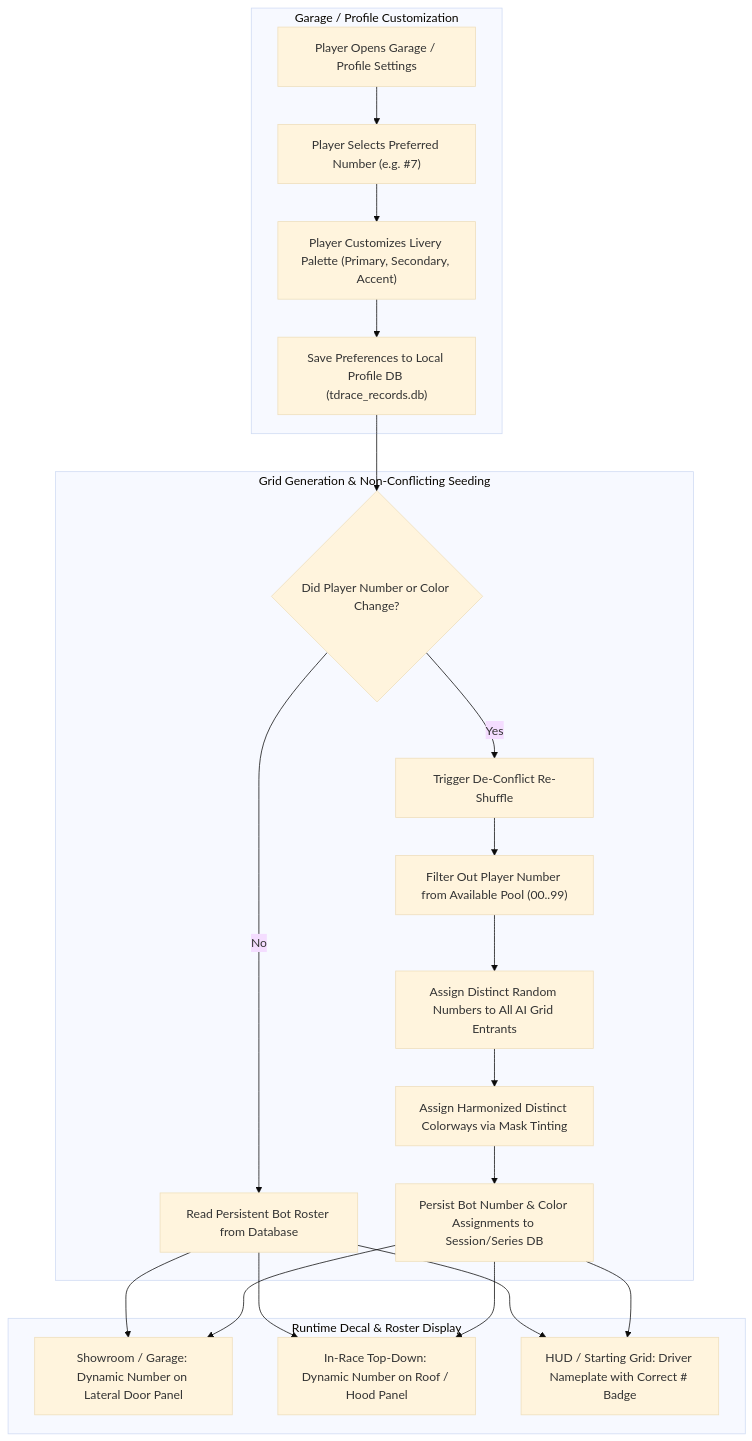
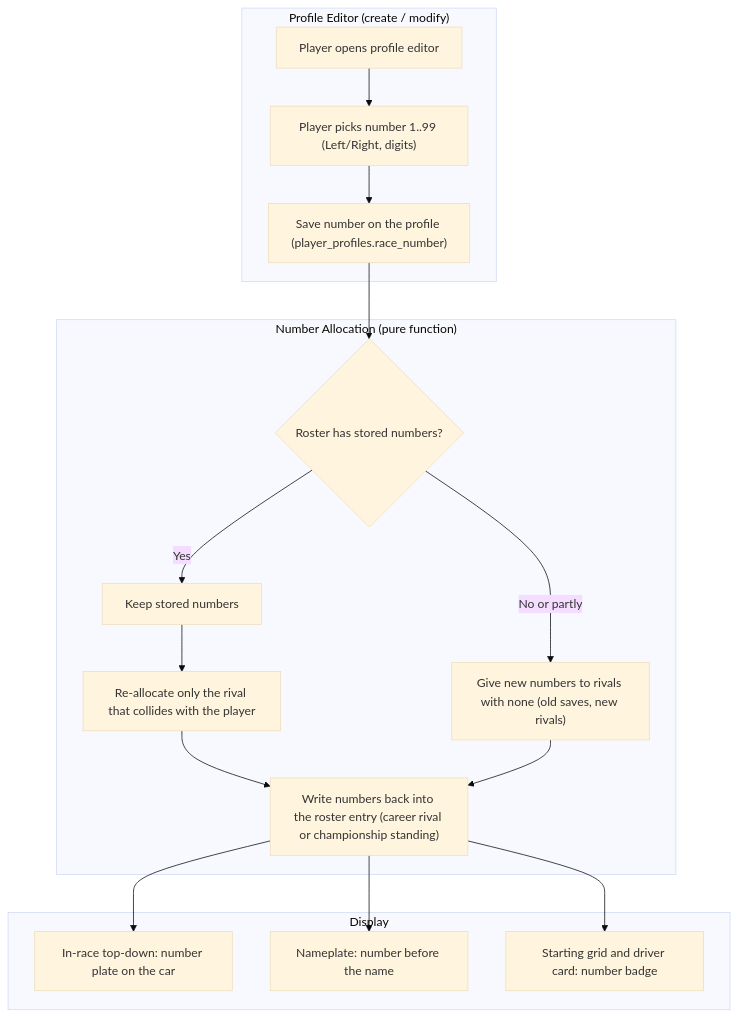
Before and after one commit to magomar/tdrace: the diagram in specs/092_player_racing_number_customization_and_persistent_nonconflicting_bot_rosters.md, drawn with Mermaid (base theme). The commit also changed other lines of this file and 1 other file, not shown here.

First line of the commit message:
docs(spec): cut draft spec 092 to buildable scope (tdrace-xa7q)

````diff
--- a/specs/092_player_racing_number_customization_and_persistent_nonconflicting_bot_rosters.md
+++ b/specs/092_player_racing_number_customization_and_persistent_nonconflicting_bot_rosters.md
@@ -30,29 +31,27 @@
 ```mermaid
 flowchart TD
-    subgraph UI ["Garage / Profile Customization"]
-        A["Player Opens Garage / Profile Settings"]
-        B["Player Selects Preferred Number (e.g. #7)"]
-        C["Player Customizes Livery Palette (Primary, Secondary, Accent)"]
-        D["Save Preferences to Local Profile DB (tdrace_records.db)"]
+    subgraph UI ["Profile Editor (create / modify)"]
+        A["Player opens profile editor"]
+        B["Player picks number 1..99 (Left/Right, digits)"]
+        D["Save number on the profile (player_profiles.race_number)"]
     end
 
-    subgraph GridEngine ["Grid Generation & Non-Conflicting Seeding"]
-        E{"Did Player Number or Color Change?"}
-        F["Read Persistent Bot Roster from Database"]
-        G["Trigger De-Conflict Re-Shuffle"]
-        H["Filter Out Player Number from Available Pool (00..99)"]
-        I["Assign Distinct Random Numbers to All AI Grid Entrants"]
-        J["Assign Harmonized Distinct Colorways via Mask Tinting"]
-        K["Persist Bot Number & Color Assignments to Session/Series DB"]
+    subgraph Alloc ["Number Allocation (pure function)"]
+        E{"Roster has stored numbers?"}
+        F["Keep stored numbers"]
+        G["Re-allocate only the rival that collides with the player"]
+        H["Give new numbers to rivals with none (old saves, new rivals)"]
+        K["Write numbers back into the roster entry (career rival or championship standing)"]
     end
 
-    subgraph Rendering ["Runtime Decal & Roster Display"]
-        L["Showroom / Garage: Dynamic Number on Lateral Door Panel"]
-        M["In-Race Top-Down: Dynamic Number on Roof / Hood Panel"]
-        N["HUD / Starting Grid: Driver Nameplate with Correct # Badge"]
+    subgraph Rendering ["Display"]
+        L["In-race top-down: number plate on the car"]
+        M["Nameplate: number before the name"]
+        N["Starting grid and driver card: number badge"]
     end
 
-    A --> B --> C --> D --> E
-    E -- No --> F --> L & M & N
-    E -- Yes --> G --> H --> I --> J --> K --> L & M & N
+    A --> B --> D --> E
+    E -- Yes --> F --> G --> K
+    E -- No or partly --> H --> K
+    K --> L & M & N
 ```
````
